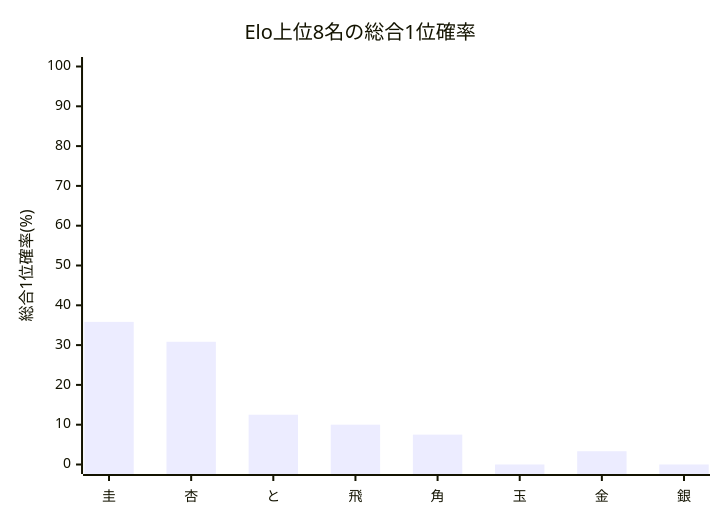
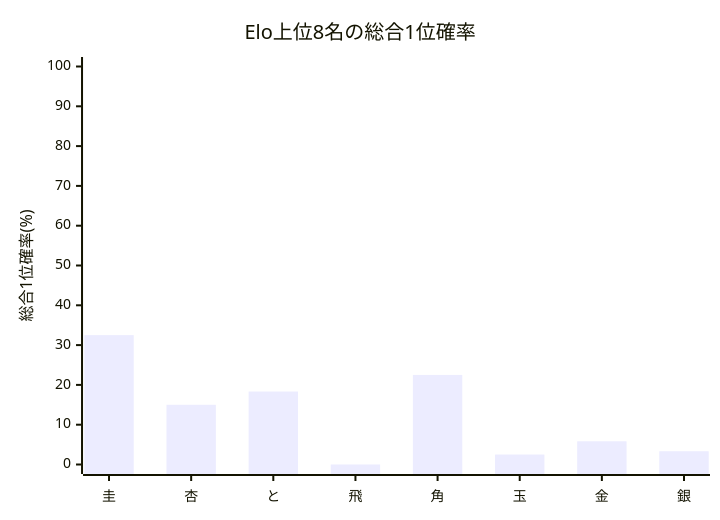
The second of 2 diagrams in Output/TournamentQualityEvaluator/TournamentQualityReport/Summary/[トップ集団大きめ]_[FinalStage_Single10_STSAInput4_smoke]_quality_summary.md (muzudho/ShogiTournamentSystemAnalyzer), drawn with Mermaid before and after one commit. The commit also changed other lines of this file and 21 other files, not shown here.

````diff
--- a/Output/TournamentQualityEvaluator/TournamentQualityReport/Summary/[トップ集団大きめ]_[FinalStage_Single10_STSAInput4_smoke]_quality_summary.md
+++ b/Output/TournamentQualityEvaluator/TournamentQualityReport/Summary/[トップ集団大きめ]_[FinalStage_Single10_STSAInput4_smoke]_quality_summary.md
@@ -51,7 +51,7 @@
 ```mermaid
 xychart-beta
     title "Elo上位8名の総合1位確率"
     x-axis ["圭", "杏", "と", "飛", "角", "玉", "金", "銀"]
     y-axis "総合1位確率(%)" 0 --> 100
-    bar [35.83, 30.83, 12.50, 10.00, 7.50, 0.00, 3.33, 0.00]
+    bar [32.50, 15.00, 18.33, 0.00, 22.50, 2.50, 5.83, 3.33]
 ```
````
